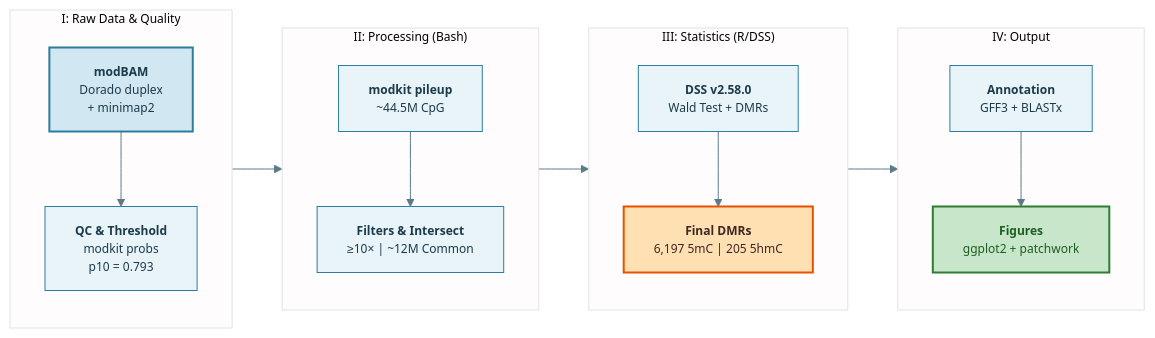
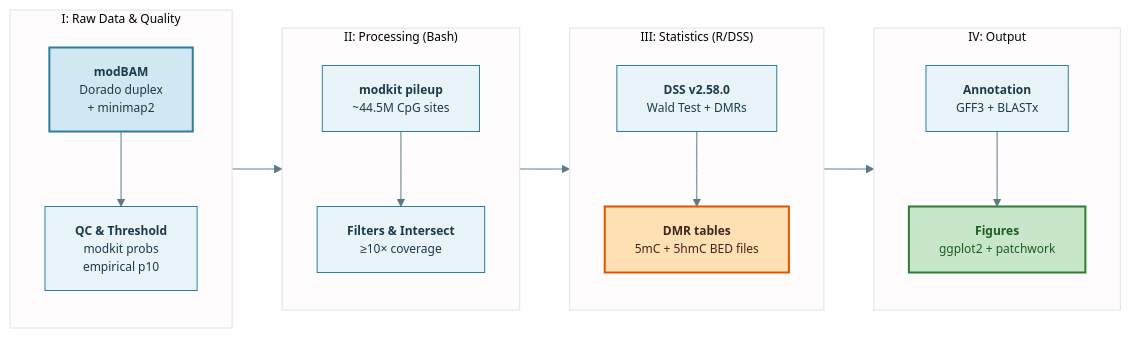
One commit to AngelOjedaBioinfo/tfm changed the first of 4 diagrams in README.md. Above: the diagram before and after it, drawn with Mermaid.

Commit message:
docs: update pipeline diagram A to remove result-specific numbers

````diff
--- a/README.md
+++ b/README.md
@@ -38,48 +38,51 @@
 ```mermaid
 ---
 config:
   theme: base
   themeVariables:
     primaryColor: '#E8F4F8'
     primaryBorderColor: '#2C7DA0'
     primaryTextColor: '#1B3A4B'
     lineColor: '#5A7A8A'
     fontSize: 12px
 ---
 flowchart LR
     subgraph P1 ["I: Raw Data & Quality"]
         direction TB
         A["<b>modBAM</b><br/>Dorado duplex<br/>+ minimap2"]:::input
-        B["<b>QC & Threshold</b><br/>modkit probs<br/>p10 = 0.793"]
+        B["<b>QC & Threshold</b><br/>modkit probs<br/>empirical p10"]
         A --> B
     end
 
     subgraph P2 ["II: Processing (Bash)"]
         direction TB
-        D["<b>modkit pileup</b><br/>~44.5M CpG"]
-        E["<b>Filters & Intersect</b><br/>≥10× | ~12M Common"]
+        D["<b>modkit pileup</b><br/>~44.5M CpG sites"]
+        E["<b>Filters & Intersect</b><br/>≥10× coverage"]
         D --> E
     end
 
     subgraph P3 ["III: Statistics (R/DSS)"]
         direction TB
         H["<b>DSS v2.58.0</b><br/>Wald Test + DMRs"]
-        I["<b>Final DMRs</b><br/>6,197 5mC | 205 5hmC"]:::result
+        I["<b>DMR tables</b><br/>5mC + 5hmC BED files"]:::result
         H --> I
     end
 
     subgraph P4 ["IV: Output"]
         direction TB
         J["<b>Annotation</b><br/>GFF3 + BLASTx"]
         L["<b>Figures</b><br/>ggplot2 + patchwork"]:::output
         J --> L
     end
 
+    %% Main connections
     P1 --> P2
     P2 --> P3
     P3 --> P4
 
+    %% Styles
     classDef input fill:#D1E8F2,stroke:#2C7DA0,stroke-width:2px,color:#1B3A4B
     classDef result fill:#FFE0B2,stroke:#E65100,stroke-width:2px,color:#3E2723
     classDef output fill:#C8E6C9,stroke:#2E7D32,stroke-width:2px,color:#1B5E20
+
 ```
````
